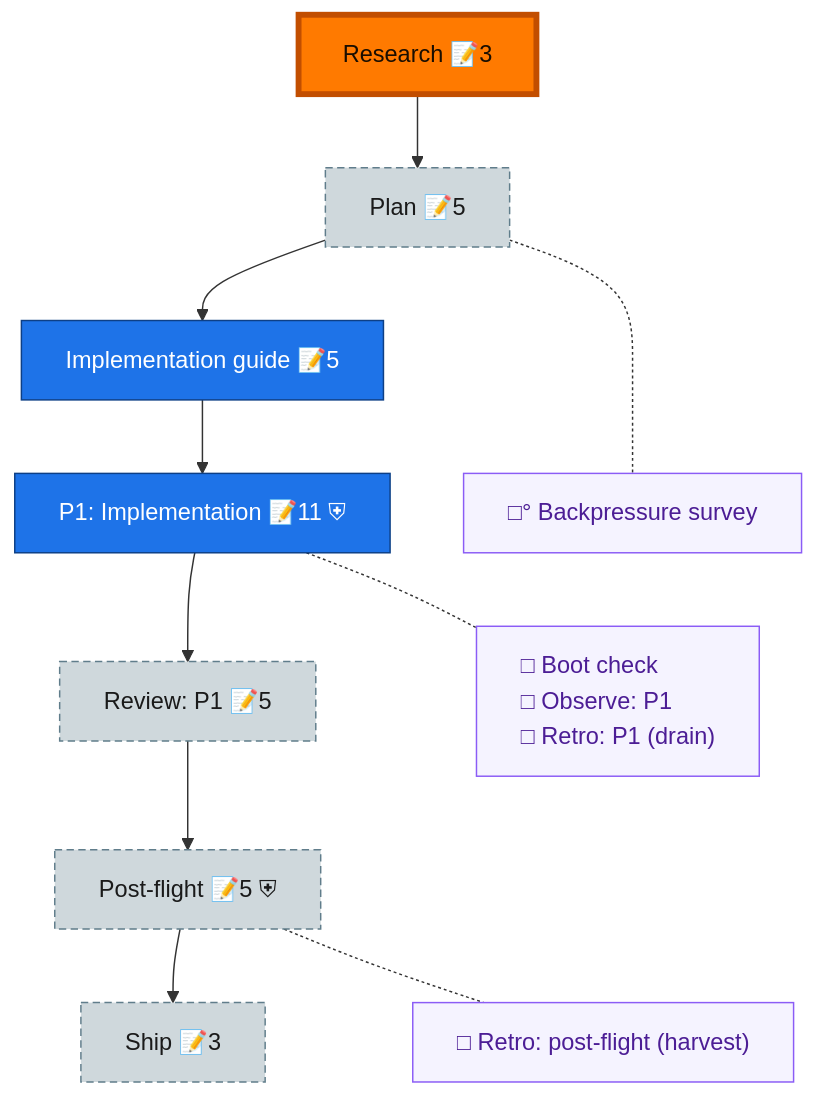
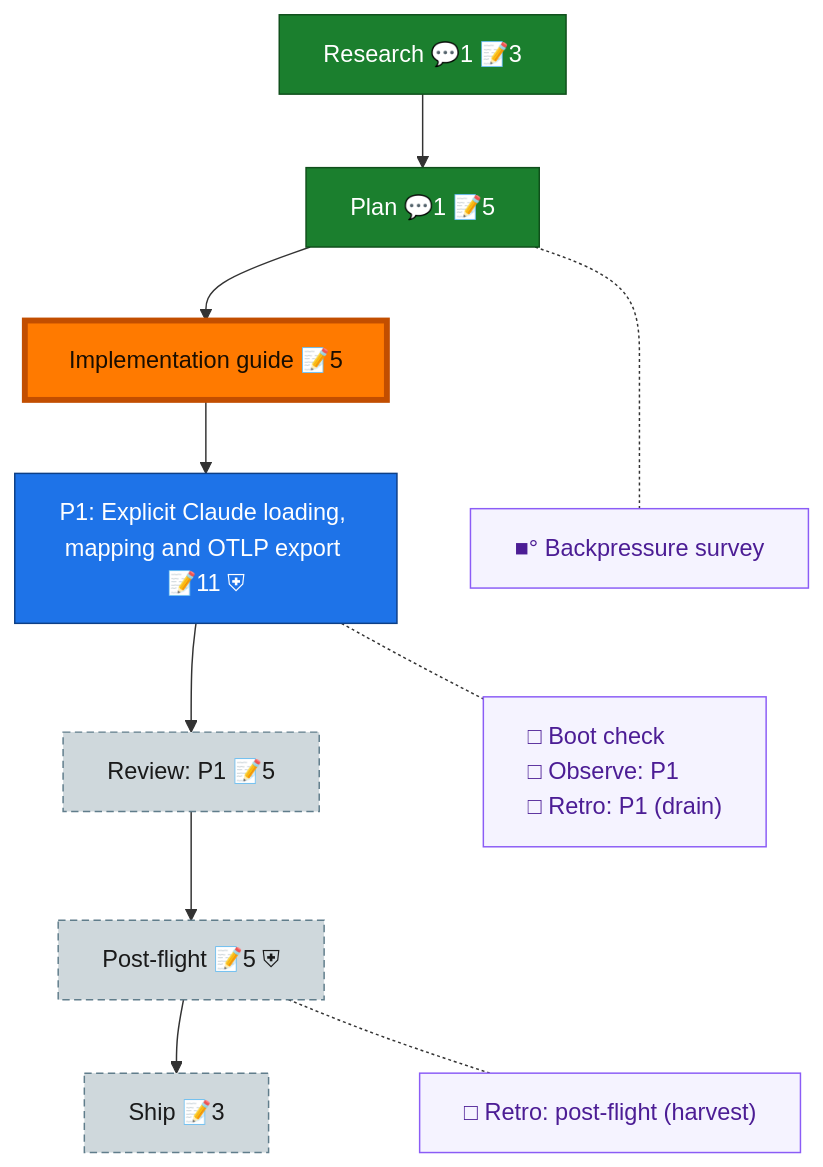
One commit to AI-Substrate/Unisphere changed the diagram in docs/plans/005-claude-session-pipeline/the-flow.md. Above: the diagram before and after it, drawn with Mermaid. The commit also changed other lines of this file and 12 other files, not shown here.

````diff
--- a/docs/plans/005-claude-session-pipeline/the-flow.md
+++ b/docs/plans/005-claude-session-pipeline/the-flow.md
@@ -8,31 +8,32 @@
 ```mermaid
 flowchart TD
-    research["Research 📝3"]:::wip
-    plan["Plan 📝5"]:::assumed
-    impl_guide["Implementation guide 📝5"]:::known
-    phase_1["P1: Implementation 📝11 ⛨"]:::known
+    research["Research 💬1 📝3"]:::done
+    plan["Plan 💬1 📝5"]:::done
+    impl_guide["Implementation guide 📝5"]:::wip
+    phase_1["P1: Explicit Claude loading, mapping and OTLP export 📝11 ⛨"]:::known
     review_1["Review: P1 📝5"]:::assumed
     post_flight["Post-flight 📝5 ⛨"]:::assumed
     ship["Ship 📝3"]:::assumed
 
     research --> plan --> impl_guide --> phase_1 --> review_1 --> post_flight --> ship
 
-    planC["□° Backpressure survey"]:::chore
+    planC["■° Backpressure survey"]:::chore
     phase_1C["□ Boot check<br/>□ Observe: P1<br/>□ Retro: P1 (drain)"]:::chore
     post_flightC["□ Retro: post-flight (harvest)"]:::chore
 
     %% invisible chain holds the gutter boxes in their own column
     planC ~~~ phase_1C ~~~ post_flightC
 
     %% dotted links pull each gutter box beside its node
     plan -.- planC
     phase_1 -.- phase_1C
     post_flight -.- post_flightC
 
+    classDef done fill:#1B7F2E,stroke:#0F4F1B,color:#fff;
     classDef wip fill:#43C04A,stroke:#1B7F2E,color:#04210A;
     classDef known fill:#1E73E8,stroke:#0D3F86,color:#fff;
     classDef assumed fill:#CFD8DC,stroke:#607D8B,color:#1a1a1a,stroke-dasharray:5 3;
     classDef chore fill:#f5f3ff,stroke:#8b5cf6,color:#4c1d95,text-align:left;
     classDef current fill:#FF7A00,stroke:#C24E00,color:#1a0e00,stroke-width:4px;
-    class research current;
+    class impl_guide current;
 ```
````
